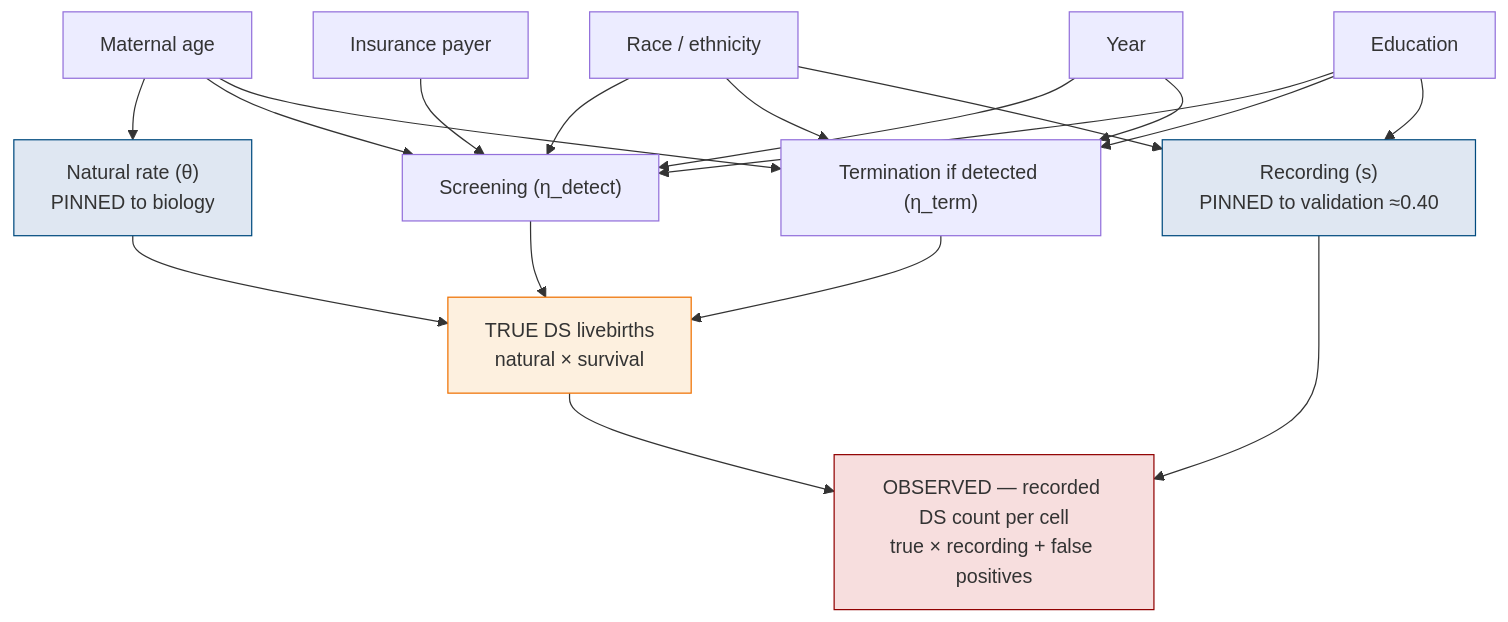
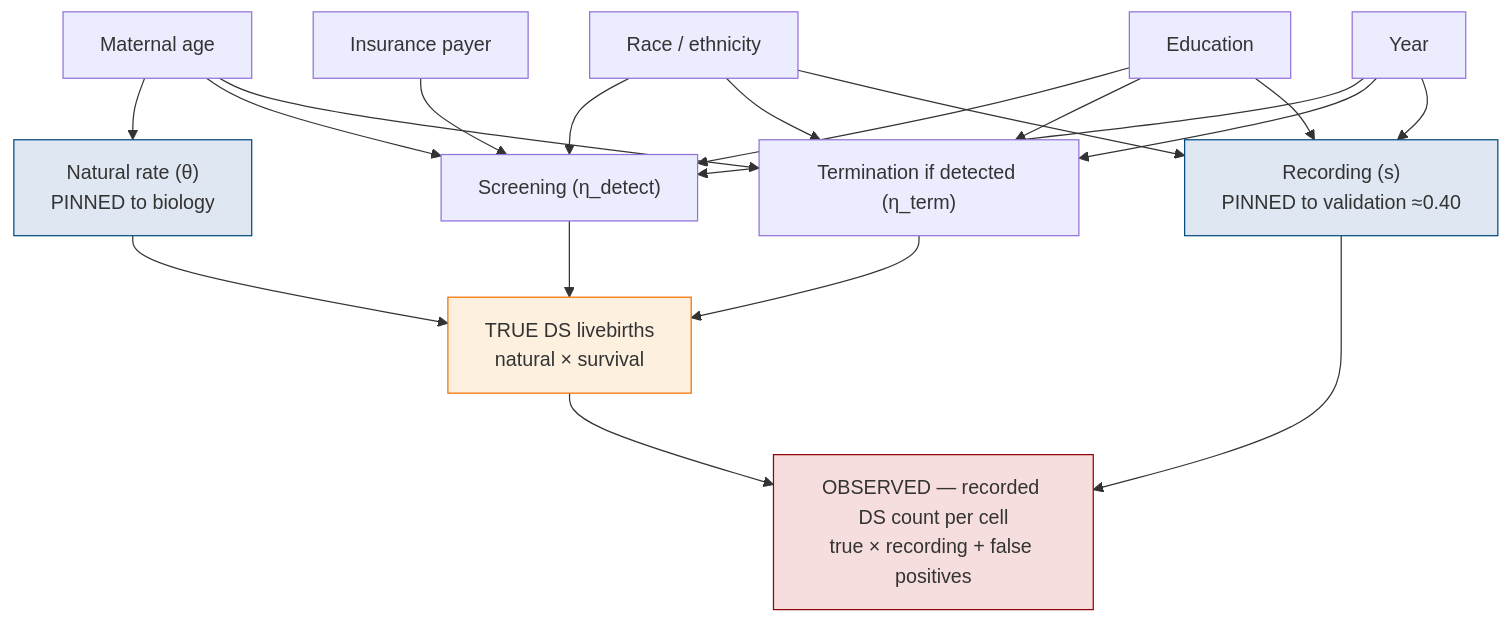
Before and after one commit to dspopulations/us-birth-certificates: the diagram in notes/20260622-predictors-bayesian-model.md, drawn with Mermaid. The commit also changed other lines of this file, not shown here.

````diff
--- a/notes/20260622-predictors-bayesian-model.md
+++ b/notes/20260622-predictors-bayesian-model.md
@@ -79,37 +79,38 @@
 ```mermaid
 flowchart TD
     AGE[Maternal age]
     RACE[Race / ethnicity]
     EDU[Education]
     PAY[Insurance payer]
     YEAR[Year]
 
     THETA["Natural rate (θ)<br/>PINNED to biology"]
     DET["Screening (η_detect)"]
     TERM["Termination if detected (η_term)"]
     RECORD["Recording (s)<br/>PINNED to validation ≈0.40"]
 
     AGE --> THETA
     AGE --> DET
     AGE --> TERM
     RACE --> DET
     RACE --> TERM
     RACE --> RECORD
     EDU --> DET
     EDU --> TERM
     EDU --> RECORD
     PAY --> DET
     YEAR --> DET
     YEAR --> TERM
+    YEAR --> RECORD
 
     THETA --> TRUE["TRUE DS livebirths<br/>natural × survival"]
     DET --> TRUE
     TERM --> TRUE
     TRUE --> OBS["OBSERVED — recorded DS count per cell<br/>true × recording + false positives"]
     RECORD --> OBS
 
     style THETA fill:#dfe7f2,stroke:#014b7f
     style RECORD fill:#dfe7f2,stroke:#014b7f
     style TRUE fill:#fdf0df,stroke:#ef7001
     style OBS fill:#f7dede,stroke:#910202
 ```
````
